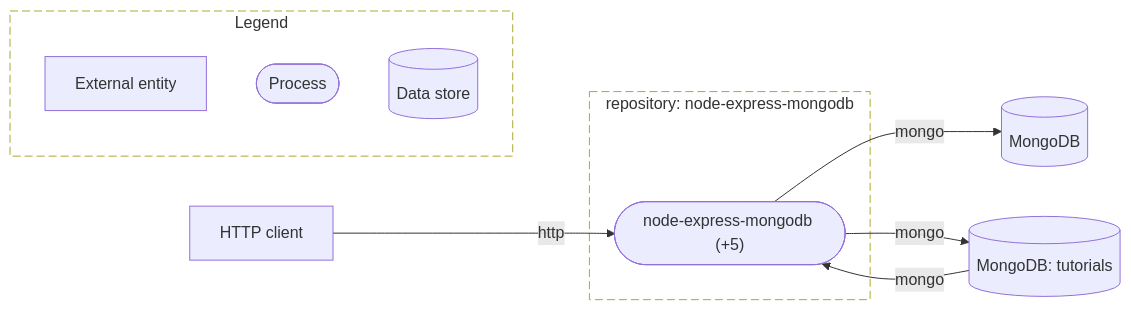
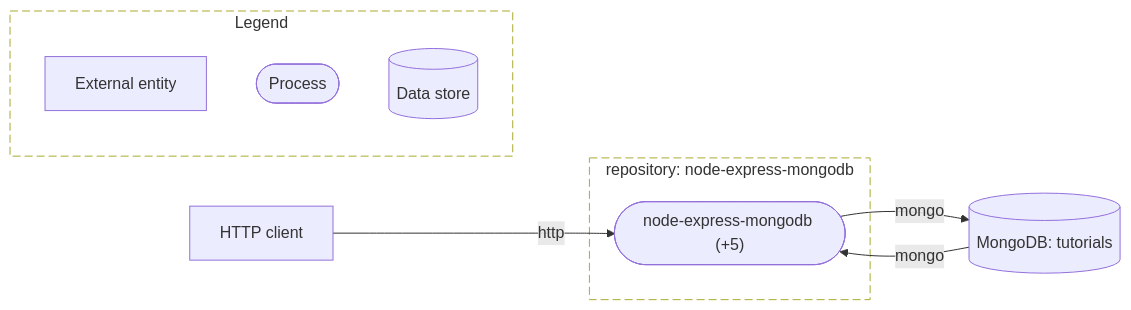
The diagram in evaluation/node-express-mongodb/diagrams/dfd-l0.mmd (AskShri/code2designmapping), drawn with Mermaid before and after one commit. The commit also changed 164 other files, not shown here.

```diff
--- a/evaluation/node-express-mongodb/diagrams/dfd-l0.mmd
+++ b/evaluation/node-express-mongodb/diagrams/dfd-l0.mmd
@@ -1,19 +1,17 @@
 %% L0 context: node-express-mongodb
 flowchart LR
   subgraph bnd_fg4rasskqa["repository: node-express-mongodb"]
     proc_2k4qri4gz2(["node-express-mongodb (+5)"])
   end
   ext_sga4qktkap["HTTP client"]
-  store_3ufptbo5k3[("MongoDB")]
   store_uujc2npyud[("MongoDB: tutorials")]
   ext_sga4qktkap -->|"http"| proc_2k4qri4gz2
-  proc_2k4qri4gz2 -->|"mongo"| store_3ufptbo5k3
   proc_2k4qri4gz2 -->|"mongo"| store_uujc2npyud
   store_uujc2npyud -->|"mongo"| proc_2k4qri4gz2
   style bnd_fg4rasskqa stroke-dasharray: 8 4,fill:none
   subgraph legend["Legend"]
     lg_e["External entity"]
     lg_p(["Process"])
     lg_s[("Data store")]
   end
   style legend stroke-dasharray: 8 4,fill:none
```
